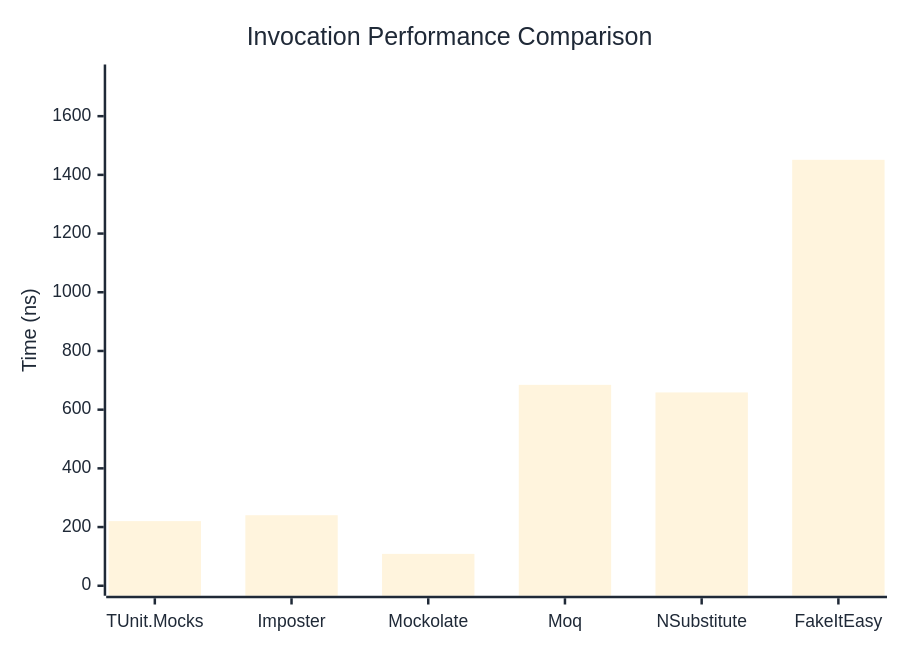
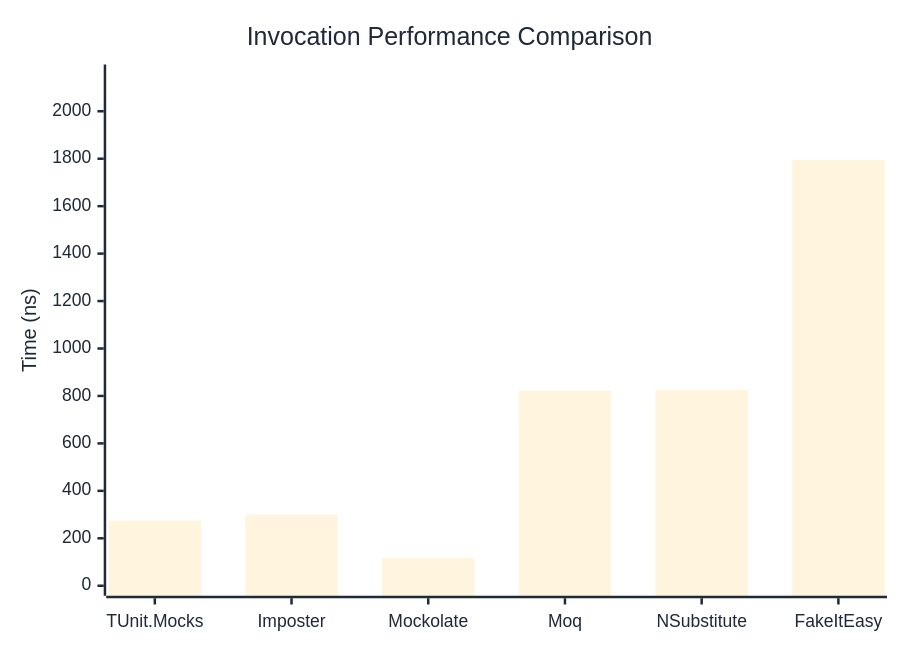
One commit to thomhurst/TUnit changed the first of 3 diagrams in docs/docs/benchmarks/mocks/Invocation.md. Above: the diagram before and after it, drawn with Mermaid. The commit also changed other lines of this file and 14 other files, not shown here.

````diff
--- a/docs/docs/benchmarks/mocks/Invocation.md
+++ b/docs/docs/benchmarks/mocks/Invocation.md
@@ -30,27 +30,27 @@
 ```mermaid
 %%{init: {
   'theme':'base',
   'themeVariables': {
     'primaryColor': '#2563eb',
     'primaryTextColor': '#1f2937',
     'primaryBorderColor': '#1e40af',
     'lineColor': '#6b7280',
     'secondaryColor': '#7c3aed',
     'tertiaryColor': '#dc2626',
     'background': '#ffffff',
     'pie1': '#2563eb',
     'pie2': '#7c3aed',
     'pie3': '#dc2626',
     'pie4': '#f59e0b',
     'pie5': '#10b981',
     'pie6': '#06b6d4',
     'pie7': '#ec4899',
     'pie8': '#6366f1'
   }
 }}%%
 xychart-beta
   title "Invocation Performance Comparison"
   x-axis ["TUnit.Mocks", "Imposter", "Mockolate", "Moq", "NSubstitute", "FakeItEasy"]
-  y-axis "Time (ns)" 0 --> 1742
-  bar [220.25, 240.28, 108.57, 684.51, 658.74, 1451.31]
+  y-axis "Time (ns)" 0 --> 2155
+  bar [274.3, 299.5, 117.5, 821.8, 825.1, 1795.4]
 ```
````
